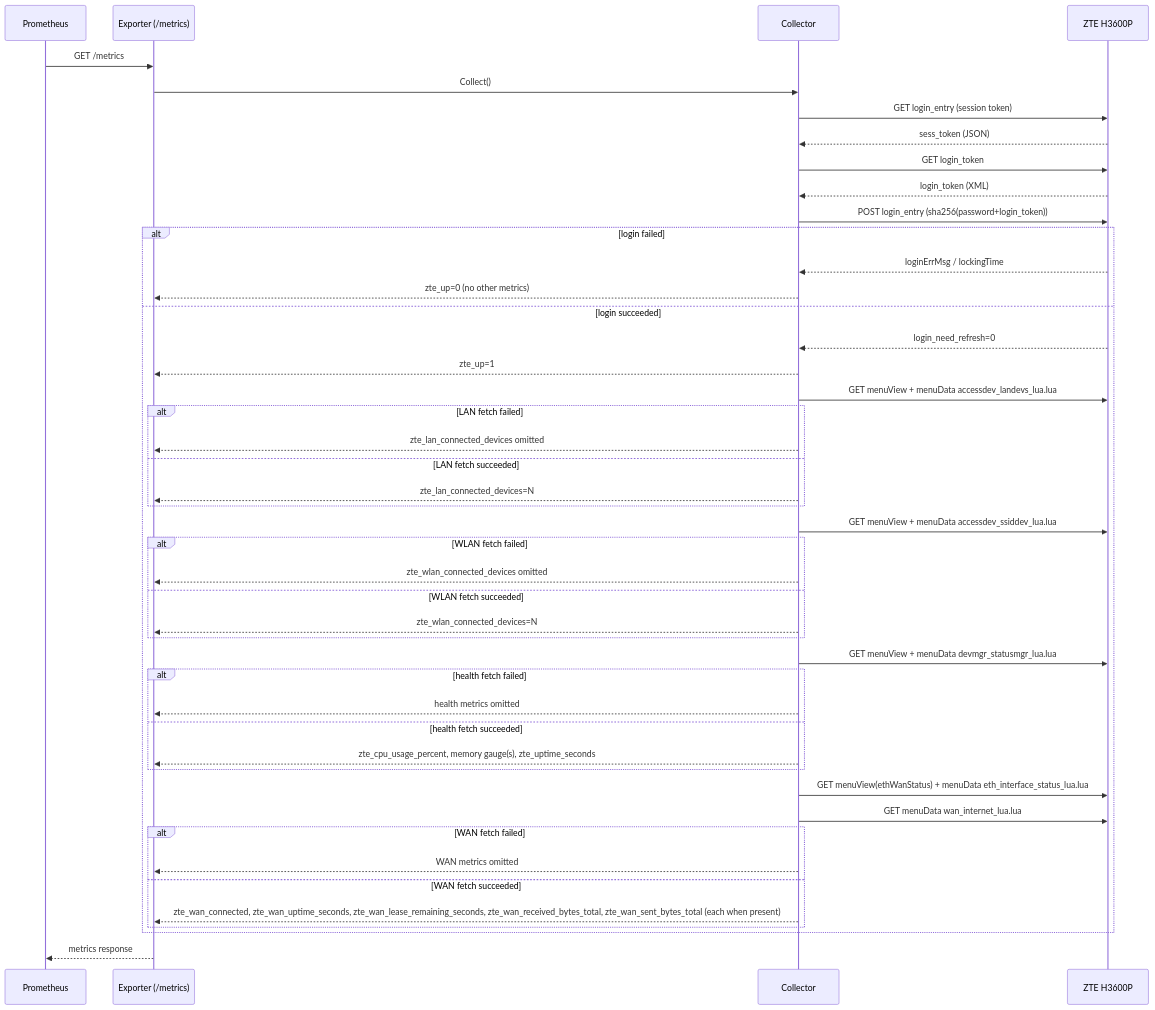
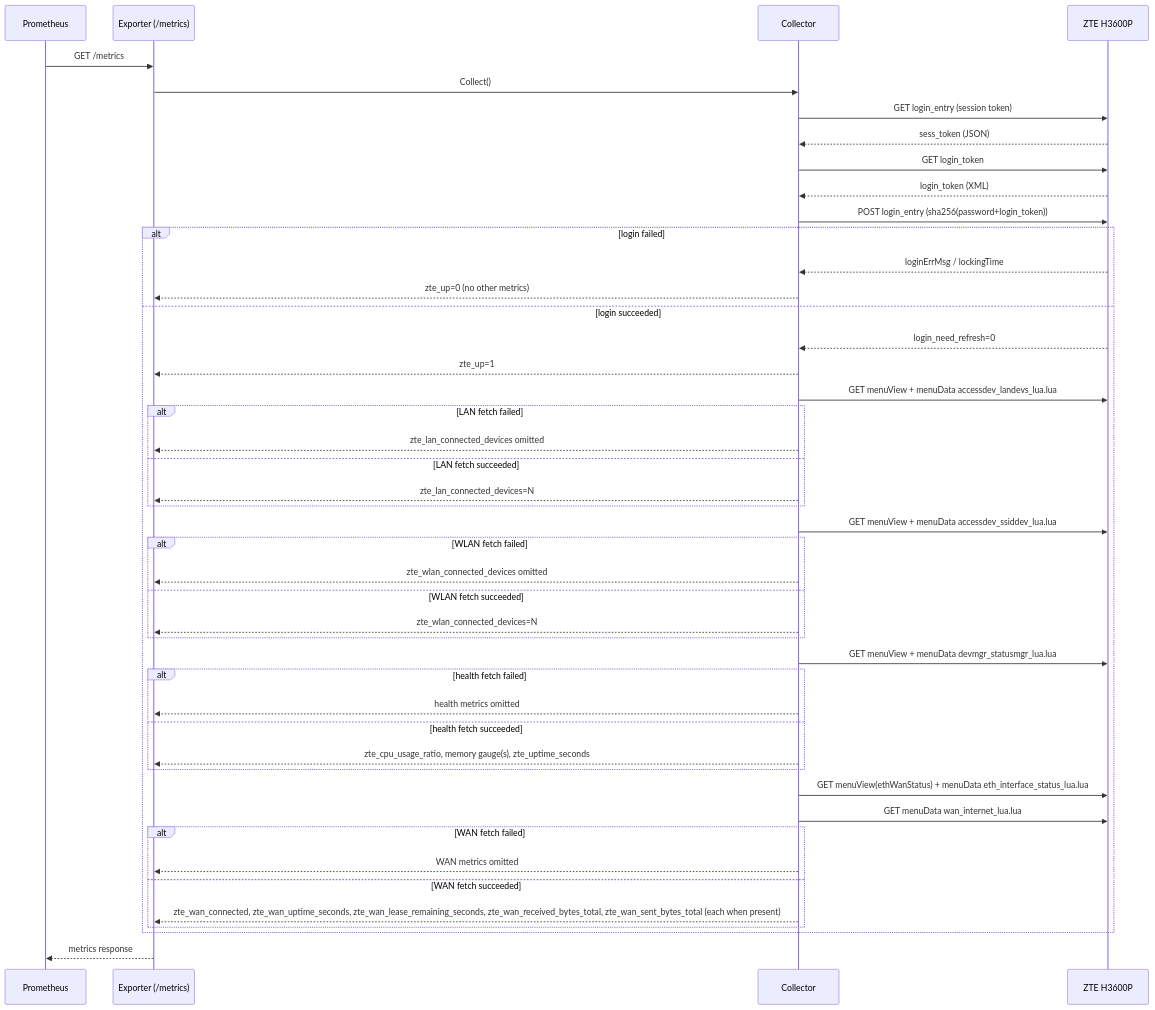
One commit to cristianat98/ZTE-Exporter changed the diagram in docs/flows.md. Above: the diagram before and after it, drawn with Mermaid. The commit also changed 4 other files, not shown here.

First line of the commit message:
fix(collector): expose CPU/memory usage as ratio, not percent

````diff
--- a/docs/flows.md
+++ b/docs/flows.md
@@ -8,48 +8,48 @@
 ```mermaid
 sequenceDiagram
     participant Prometheus
     participant Exporter as Exporter (/metrics)
     participant Collector
     participant Router as ZTE H3600P
 
     Prometheus->>Exporter: GET /metrics
     Exporter->>Collector: Collect()
     Collector->>Router: GET login_entry (session token)
     Router-->>Collector: sess_token (JSON)
     Collector->>Router: GET login_token
     Router-->>Collector: login_token (XML)
     Collector->>Router: POST login_entry (sha256(password+login_token))
     alt login failed
         Router-->>Collector: loginErrMsg / lockingTime
         Collector-->>Exporter: zte_up=0 (no other metrics)
     else login succeeded
         Router-->>Collector: login_need_refresh=0
         Collector-->>Exporter: zte_up=1
         Collector->>Router: GET menuView + menuData accessdev_landevs_lua.lua
         alt LAN fetch failed
             Collector-->>Exporter: zte_lan_connected_devices omitted
         else LAN fetch succeeded
             Collector-->>Exporter: zte_lan_connected_devices=N
         end
         Collector->>Router: GET menuView + menuData accessdev_ssiddev_lua.lua
         alt WLAN fetch failed
             Collector-->>Exporter: zte_wlan_connected_devices omitted
         else WLAN fetch succeeded
             Collector-->>Exporter: zte_wlan_connected_devices=N
         end
         Collector->>Router: GET menuView + menuData devmgr_statusmgr_lua.lua
         alt health fetch failed
             Collector-->>Exporter: health metrics omitted
         else health fetch succeeded
-            Collector-->>Exporter: zte_cpu_usage_percent, memory gauge(s), zte_uptime_seconds
+            Collector-->>Exporter: zte_cpu_usage_ratio, memory gauge(s), zte_uptime_seconds
         end
         Collector->>Router: GET menuView(ethWanStatus) + menuData eth_interface_status_lua.lua
         Collector->>Router: GET menuData wan_internet_lua.lua
         alt WAN fetch failed
             Collector-->>Exporter: WAN metrics omitted
         else WAN fetch succeeded
             Collector-->>Exporter: zte_wan_connected, zte_wan_uptime_seconds, zte_wan_lease_remaining_seconds, zte_wan_received_bytes_total, zte_wan_sent_bytes_total (each when present)
         end
     end
     Exporter-->>Prometheus: metrics response
 ```
````
